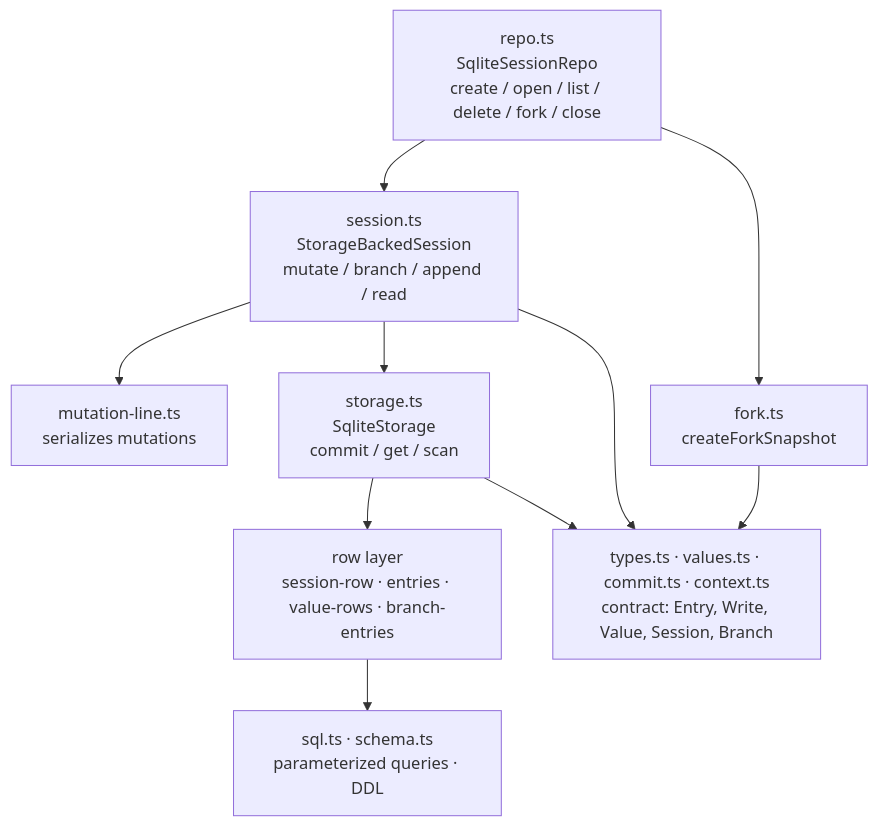
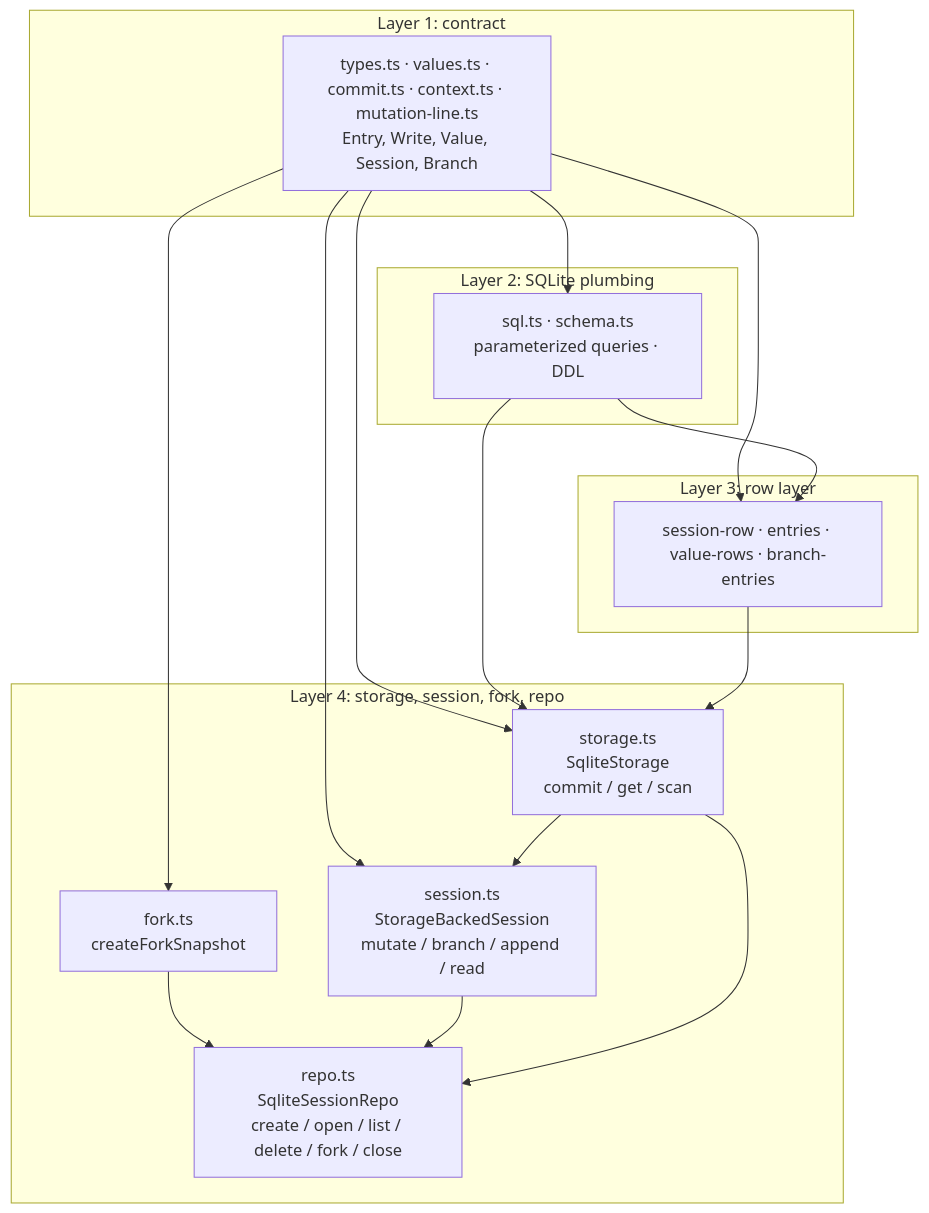
The diagram in reduced/session-backends/doc/src-overview.md (dgxRL/pi), drawn with Mermaid before and after one commit. The commit also changed 25 other files, not shown here.

````diff
--- a/reduced/session-backends/doc/src-overview.md
+++ b/reduced/session-backends/doc/src-overview.md
@@ -7,10 +7,31 @@
 ```mermaid
 flowchart TD
-    A["repo.ts<br/>SqliteSessionRepo<br/>create / open / list / delete / fork / close"] --> B["session.ts<br/>StorageBackedSession<br/>mutate / branch / append / read"]
-    A --> C["fork.ts<br/>createForkSnapshot"]
-    B --> D["mutation-line.ts<br/>serializes mutations"]
-    B --> E["storage.ts<br/>SqliteStorage<br/>commit / get / scan"]
-    E --> F["row layer<br/>session-row · entries · value-rows · branch-entries"]
-    F --> G["sql.ts · schema.ts<br/>parameterized queries · DDL"]
-    B & C & E --> H["types.ts · values.ts · commit.ts · context.ts<br/>contract: Entry, Write, Value, Session, Branch"]
+    subgraph L1["Layer 1: contract"]
+        H["types.ts · values.ts · commit.ts · context.ts · mutation-line.ts<br/>Entry, Write, Value, Session, Branch"]
+    end
+    subgraph L2["Layer 2: SQLite plumbing"]
+        G["sql.ts · schema.ts<br/>parameterized queries · DDL"]
+    end
+    subgraph L3["Layer 3: row layer"]
+        F["session-row · entries · value-rows · branch-entries"]
+    end
+    subgraph L4["Layer 4: storage, session, fork, repo"]
+        E["storage.ts<br/>SqliteStorage<br/>commit / get / scan"]
+        B["session.ts<br/>StorageBackedSession<br/>mutate / branch / append / read"]
+        C["fork.ts<br/>createForkSnapshot"]
+        A["repo.ts<br/>SqliteSessionRepo<br/>create / open / list / delete / fork / close"]
+    end
+
+    H --> G
+    H --> F
+    G --> F
+    H --> E
+    H --> B
+    G --> E
+    F --> E
+    E --> B
+    H --> C
+    C --> A
+    B --> A
+    E --> A
 ```
````
